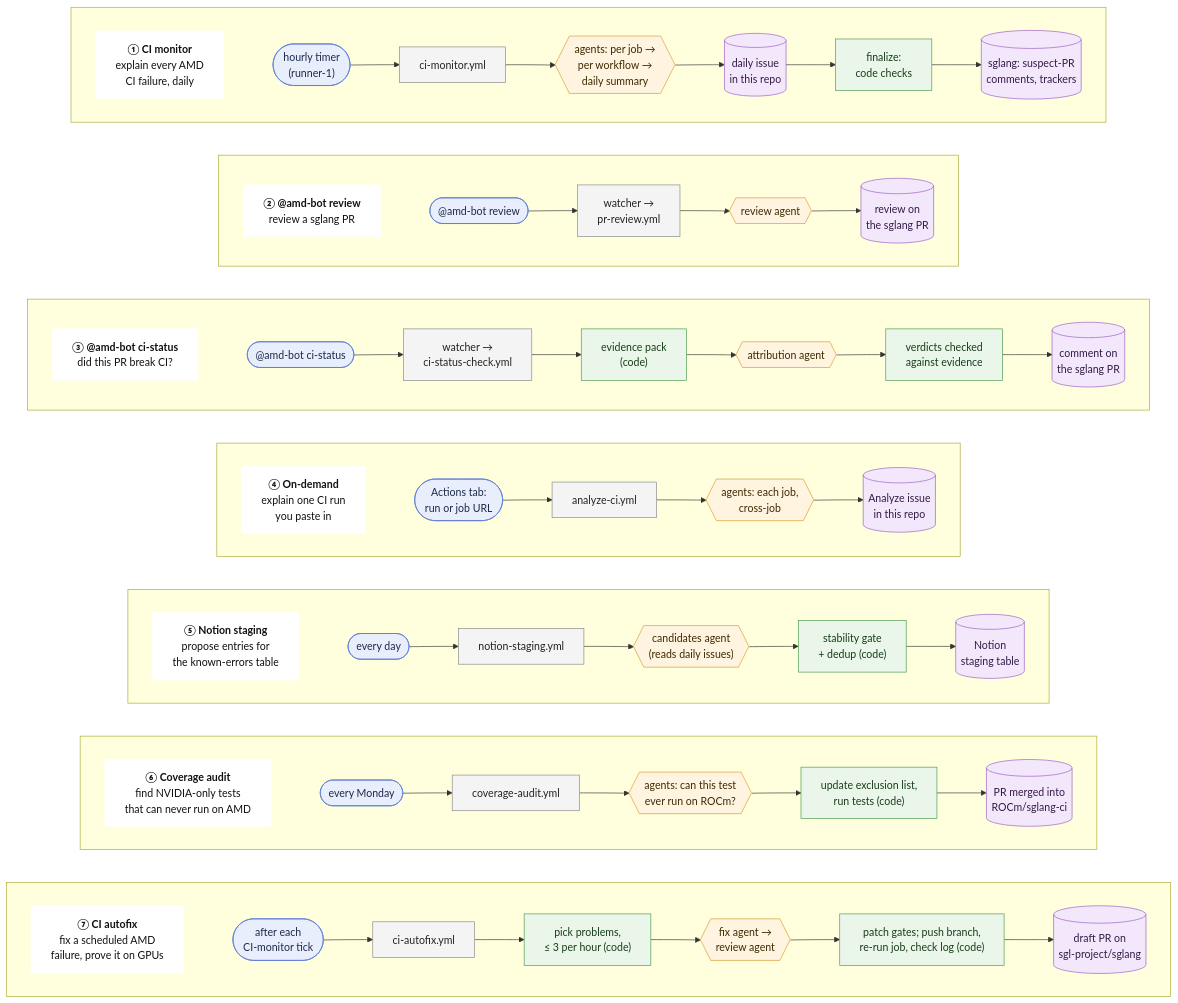
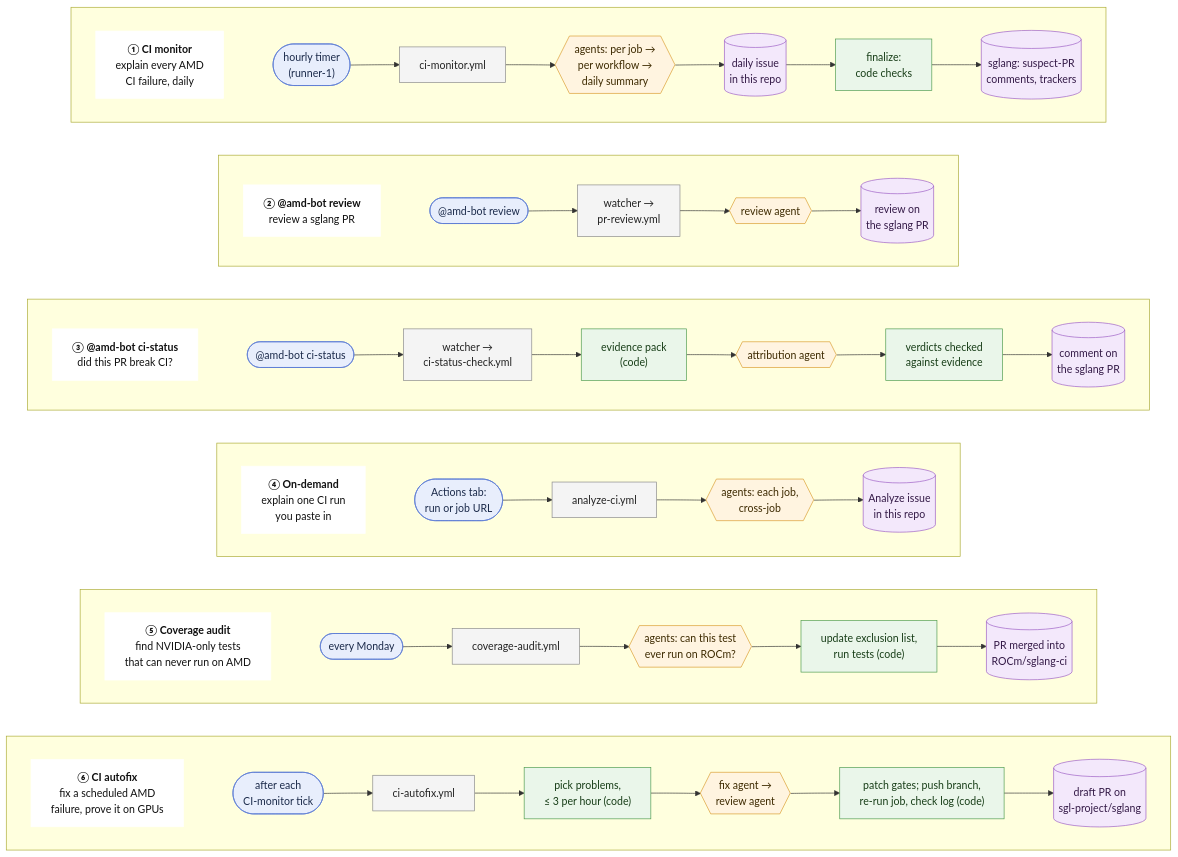
The diagram in docs/architecture.mmd (bingxche/sglang-ci-bot), drawn with Mermaid before and after one commit. The commit also changed 7 other files, not shown here.

First line of the commit message:
Remove Notion staging

```diff
--- a/docs/architecture.mmd
+++ b/docs/architecture.mmd
@@ -1,44 +1,39 @@
 flowchart TB
     classDef purpose fill:#ffffff,stroke:#ffffff,color:#111
     classDef trigger fill:#e8eefc,stroke:#5b7bd5,color:#1b2a4a
     classDef workflow fill:#f4f4f4,stroke:#888,color:#222
     classDef agent fill:#fff4e0,stroke:#d99a2b,color:#3d2a00
     classDef code fill:#eaf6ea,stroke:#4c9a4c,color:#173d17
     classDef output fill:#f3e8fb,stroke:#9a5bc4,color:#341a47
 
     subgraph L1[" "]
         direction LR
         P1["<b>① CI monitor</b><br/>explain every AMD<br/>CI failure, daily"]:::purpose ~~~ A1(["hourly timer<br/>(runner-1)"]):::trigger --> A2["ci-monitor.yml"]:::workflow --> A3{{"agents: per job →<br/>per workflow →<br/>daily summary"}}:::agent --> A4[("daily issue<br/>in this repo")]:::output --> A5["finalize:<br/>code checks"]:::code --> A6[("sglang: suspect-PR<br/>comments, trackers")]:::output
     end
 
     subgraph L2[" "]
         direction LR
         P2["<b>② @amd-bot review</b><br/>review a sglang PR"]:::purpose ~~~ B1(["@amd-bot review"]):::trigger --> B2["watcher →<br/>pr-review.yml"]:::workflow --> B3{{"review agent"}}:::agent --> B5[("review on<br/>the sglang PR")]:::output
     end
 
     subgraph L3[" "]
         direction LR
         P3["<b>③ @amd-bot ci-status</b><br/>did this PR break CI?"]:::purpose ~~~ C1(["@amd-bot ci-status"]):::trigger --> C2["watcher →<br/>ci-status-check.yml"]:::workflow --> C3["evidence pack<br/>(code)"]:::code --> C4{{"attribution agent"}}:::agent --> C5["verdicts checked<br/>against evidence"]:::code --> C6[("comment on<br/>the sglang PR")]:::output
     end
 
     subgraph L4[" "]
         direction LR
         P4["<b>④ On-demand</b><br/>explain one CI run<br/>you paste in"]:::purpose ~~~ D1(["Actions tab:<br/>run or job URL"]):::trigger --> D2["analyze-ci.yml"]:::workflow --> D3{{"agents: each job,<br/>cross-job"}}:::agent --> D4[("Analyze issue<br/>in this repo")]:::output
     end
 
     subgraph L5[" "]
         direction LR
-        P5["<b>⑤ Notion staging</b><br/>propose entries for<br/>the known-errors table"]:::purpose ~~~ E1(["every day"]):::trigger --> E2["notion-staging.yml"]:::workflow --> E3{{"candidates agent<br/>(reads daily issues)"}}:::agent --> E4["stability gate<br/>+ dedup (code)"]:::code --> E5[("Notion<br/>staging table")]:::output
+        P6["<b>⑤ Coverage audit</b><br/>find NVIDIA-only tests<br/>that can never run on AMD"]:::purpose ~~~ F1(["every Monday"]):::trigger --> F2["coverage-audit.yml"]:::workflow --> F3{{"agents: can this test<br/>ever run on ROCm?"}}:::agent --> F4["update exclusion list,<br/>run tests (code)"]:::code --> F5[("PR merged into<br/>ROCm/sglang-ci")]:::output
     end
 
     subgraph L6[" "]
         direction LR
-        P6["<b>⑥ Coverage audit</b><br/>find NVIDIA-only tests<br/>that can never run on AMD"]:::purpose ~~~ F1(["every Monday"]):::trigger --> F2["coverage-audit.yml"]:::workflow --> F3{{"agents: can this test<br/>ever run on ROCm?"}}:::agent --> F4["update exclusion list,<br/>run tests (code)"]:::code --> F5[("PR merged into<br/>ROCm/sglang-ci")]:::output
+        P7["<b>⑥ CI autofix</b><br/>fix a scheduled AMD<br/>failure, prove it on GPUs"]:::purpose ~~~ G1(["after each<br/>CI-monitor tick"]):::trigger --> G2["ci-autofix.yml"]:::workflow --> G3["pick problems,<br/>≤ 3 per hour (code)"]:::code --> G4{{"fix agent →<br/>review agent"}}:::agent --> G5["patch gates; push branch,<br/>re-run job, check log (code)"]:::code --> G6[("draft PR on<br/>sgl-project/sglang")]:::output
     end
 
-    subgraph L7[" "]
-        direction LR
-        P7["<b>⑦ CI autofix</b><br/>fix a scheduled AMD<br/>failure, prove it on GPUs"]:::purpose ~~~ G1(["after each<br/>CI-monitor tick"]):::trigger --> G2["ci-autofix.yml"]:::workflow --> G3["pick problems,<br/>≤ 3 per hour (code)"]:::code --> G4{{"fix agent →<br/>review agent"}}:::agent --> G5["patch gates; push branch,<br/>re-run job, check log (code)"]:::code --> G6[("draft PR on<br/>sgl-project/sglang")]:::output
-    end
-
-    L1 ~~~ L2 ~~~ L3 ~~~ L4 ~~~ L5 ~~~ L6 ~~~ L7
+    L1 ~~~ L2 ~~~ L3 ~~~ L4 ~~~ L5 ~~~ L6
```
